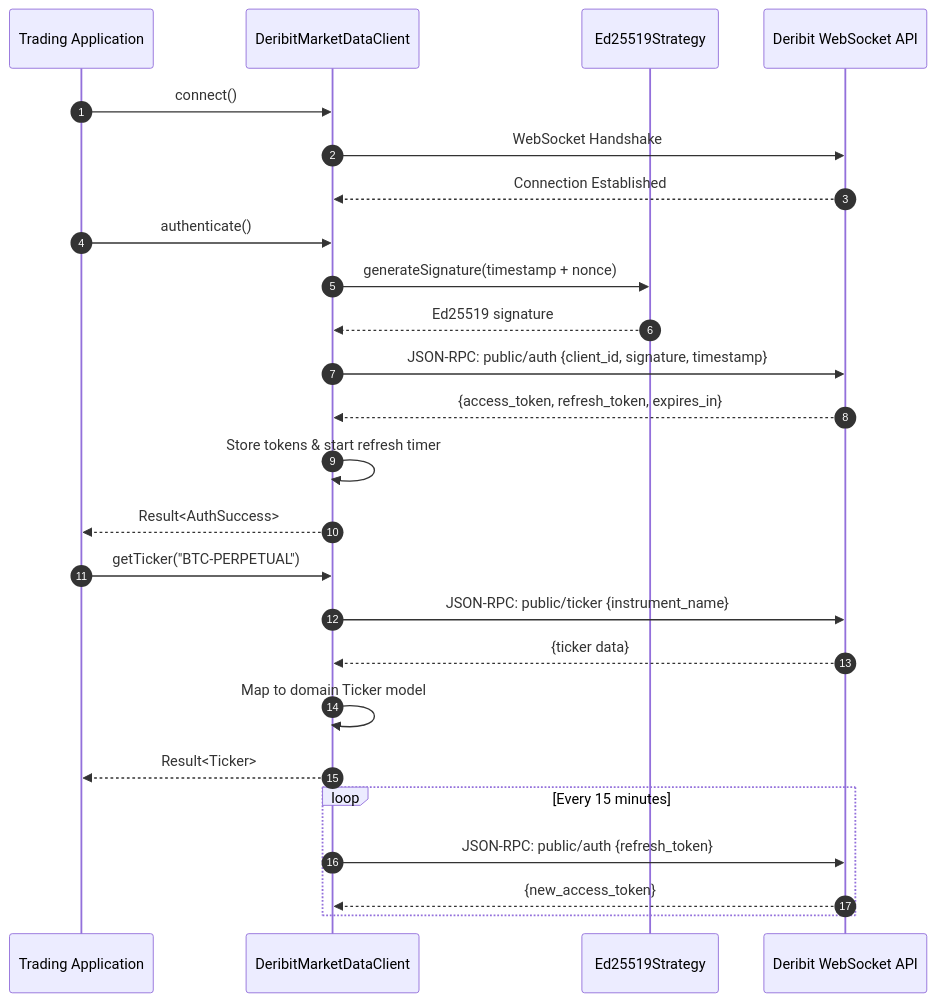
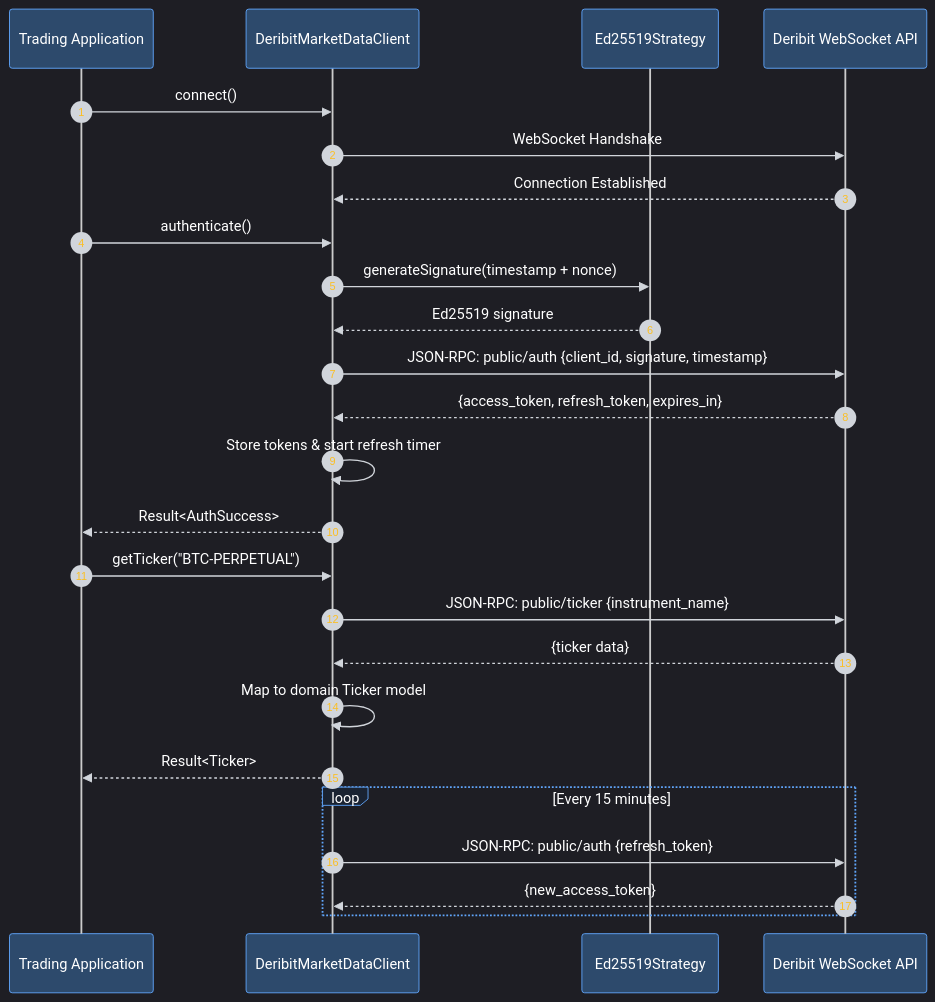
Before and after one commit to ArmandRicheletKleinberg/Ark.Alliance.Trading.Providers.Lib: the eighth of 10 diagrams in README.md, drawn with Mermaid. The commit also changed other lines of this file, not shown here.

First line of the commit message:
feat: convert all diagrams to professional dark theme

````diff
--- a/README.md
+++ b/README.md
@@ -582,31 +619,32 @@
 ```mermaid
+%%{init: {'theme':'dark', 'themeVariables': {'primaryColor':'#1e3a5f','actorBkg':'#2d4a6c','actorBorder':'#60a5fa','actorTextColor':'#fff','signalColor':'#d1d5db','signalTextColor':'#fff','labelBoxBkgColor':'#1a2332','labelBoxBorderColor':'#60a5fa','labelTextColor':'#fff','loopTextColor':'#fff','noteBorderColor':'#60a5fa','noteBkgColor':'#2d4a6c','noteTextColor':'#fff','activationBorderColor':'#60a5fa','activationBkgColor':'#3a5f7d','sequenceNumberColor':'#fbbf24','messageTextColor':'#fff'}}}%%
 sequenceDiagram
     autonumber
     participant App as Trading Application
     participant Client as DeribitMarketDataClient
     participant Auth as Ed25519Strategy
     participant WS as Deribit WebSocket API
     
     App->>Client: connect()
     Client->>WS: WebSocket Handshake
     WS-->>Client: Connection Established
     
     App->>Client: authenticate()
     Client->>Auth: generateSignature(timestamp + nonce)
     Auth-->>Client: Ed25519 signature
     Client->>WS: JSON-RPC: public/auth {client_id, signature, timestamp}
-    WS-->>Client: {access_token, refresh_token, expires_in}
+    WS-->>Client:  {access_token, refresh_token, expires_in}
     Client->>Client: Store tokens & start refresh timer
     Client-->>App: Result<AuthSuccess>
     
     App->>Client: getTicker("BTC-PERPETUAL")
     Client->>WS: JSON-RPC: public/ticker {instrument_name}
     WS-->>Client: {ticker data}
     Client->>Client: Map to domain Ticker model
     Client-->>App: Result<Ticker>
     
     loop Every 15 minutes
         Client->>WS: JSON-RPC: public/auth {refresh_token}
         WS-->>Client: {new_access_token}
     end
 ```
````
